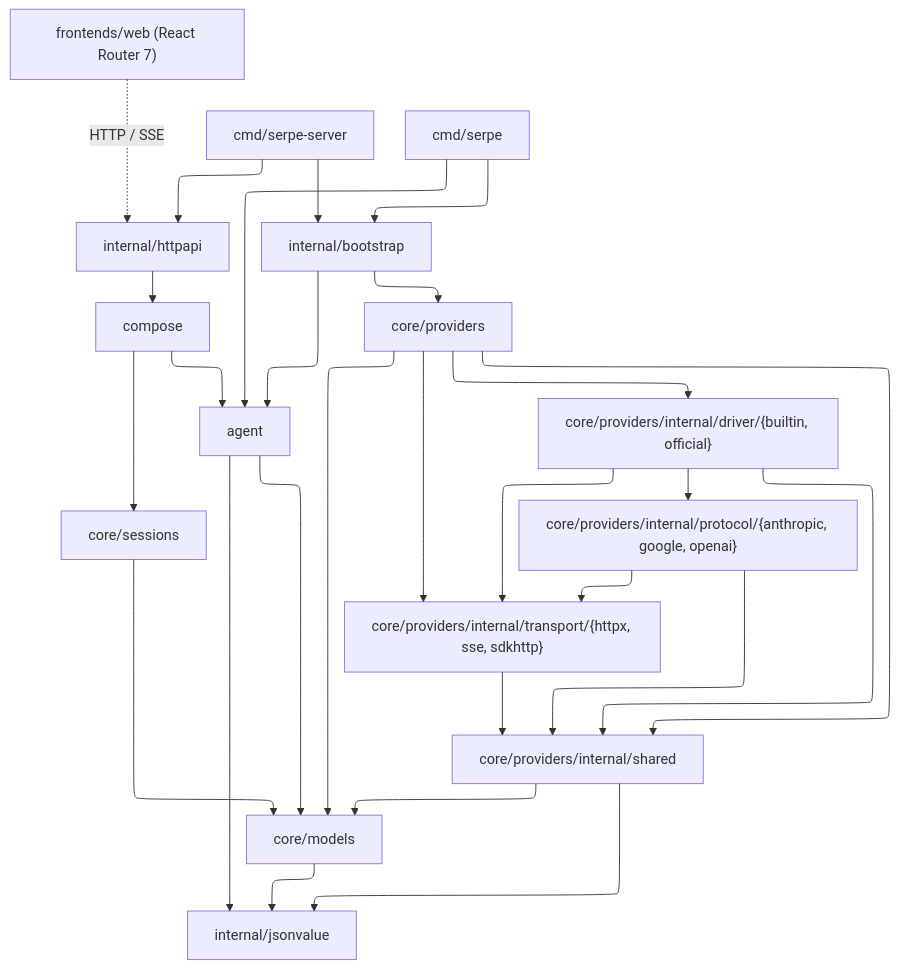
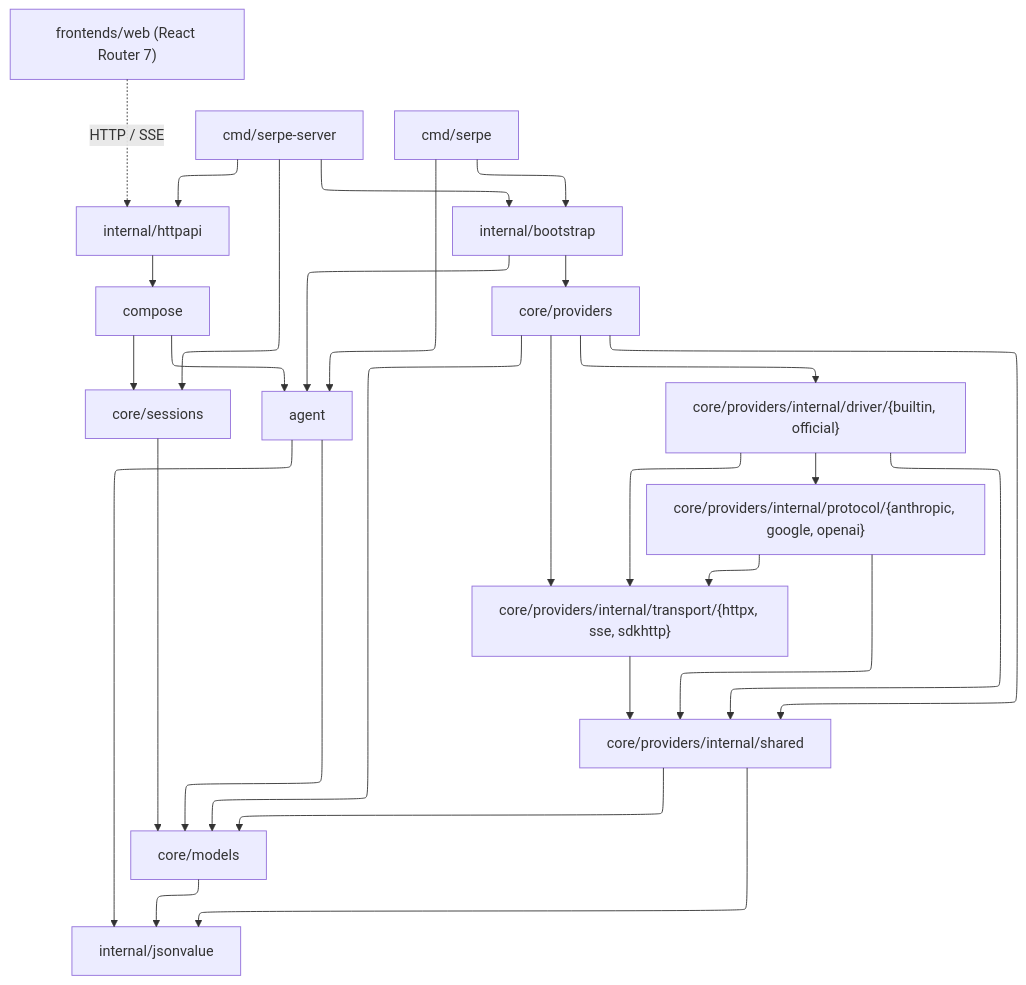
Before and after one commit to h2cone/serpe: the first of 3 diagrams in README.md, drawn with Mermaid. The commit also changed other lines of this file and 20 other files, not shown here.

````diff
--- a/README.md
+++ b/README.md
@@ -9,56 +9,57 @@
 ```mermaid
 %%{init: {"flowchart": {"defaultRenderer": "elk"}}}%%
 flowchart TB
     %% Entrypoints
     web["frontends/web (React Router 7)"]
     serve["cmd/serpe-server"]
     cli["cmd/serpe"]
 
     %% Application seams and runtime modules
     httpapi["internal/httpapi"]
     compose["compose"]
     bootstrap["internal/bootstrap"]
     sessions["core/sessions"]
     agent["agent"]
     providers["core/providers"]
 
     %% Provider internals
     drivers["core/providers/internal/driver/{builtin, official}"]
     protocols["core/providers/internal/protocol/{anthropic, google, openai}"]
     transports["core/providers/internal/transport/{httpx, sse, sdkhttp}"]
     shared["core/providers/internal/shared"]
 
     %% Shared contracts and leaf utilities
     models["core/models"]
     jsonvalue["internal/jsonvalue"]
 
     cli --> bootstrap
     cli --> agent
     serve --> bootstrap
     serve --> httpapi
+    serve --> sessions
     web -.->|HTTP / SSE| httpapi
 
     bootstrap --> agent
     bootstrap --> providers
     httpapi --> compose
     compose --> agent
     compose --> sessions
 
     agent --> models
     agent --> jsonvalue
     sessions --> models
     providers --> models
     providers --> drivers
     providers --> shared
     providers --> transports
 
     drivers --> protocols
     drivers --> shared
     drivers --> transports
     protocols --> shared
     protocols --> transports
     transports --> shared
     shared --> models
     shared --> jsonvalue
     models --> jsonvalue
 ```
````
